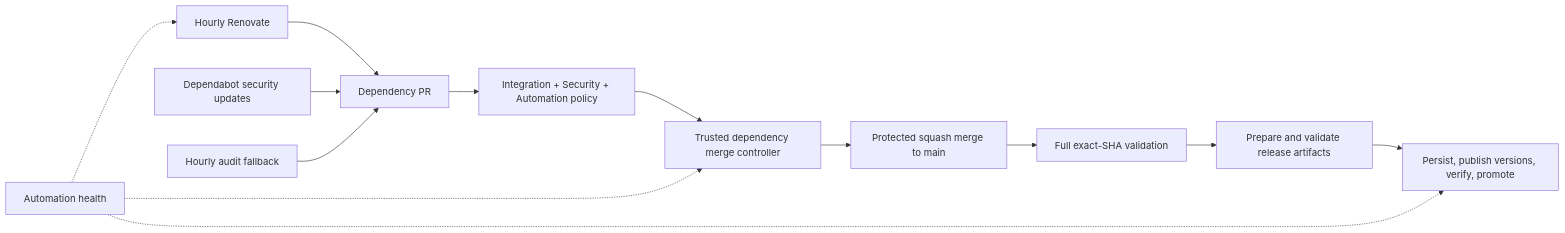
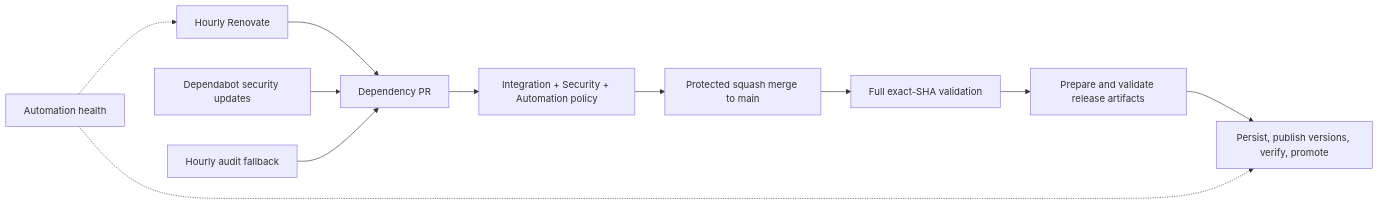
Before and after one commit to jakub-plichcinski/kairos-mcp: the diagram in .github/workflows/README.md, drawn with Mermaid. The commit also changed other lines of this file and 2 other files, not shown here.

Commit message:
chore(ci): remove redundant dependency merge controller workflow
- Delete automerge-dependabot.yml: native GitHub auto-merge + allow-update-branch
  make the custom controller redundant. Dependabot security PRs auto-merge via
  GitHub's automated security fixes; Renovate PRs intentionally require manual merge.
- Update workflows README: remove controller from diagram and table.
- Update release-semver.md skill reference: remove controller mentions and
  dry-run example for the deleted workflow.

````diff
--- a/.github/workflows/README.md
+++ b/.github/workflows/README.md
@@ -7,15 +7,13 @@
 ```mermaid
 flowchart LR
   REN[Hourly Renovate] --> PR[Dependency PR]
   DEP[Dependabot security updates] --> PR
   AUD[Hourly audit fallback] --> PR
   PR --> CI[Integration + Security + Automation policy]
-  CI --> CTRL[Trusted dependency merge controller]
-  CTRL --> MAIN[Protected squash merge to main]
+  CI --> MAIN[Protected squash merge to main]
   MAIN --> FULL[Full exact-SHA validation]
   FULL --> REL[Prepare and validate release artifacts]
   REL --> PUB[Persist, publish versions, verify, promote]
   HEALTH[Automation health] -.-> REN
-  HEALTH -.-> CTRL
   HEALTH -.-> PUB
 ```
````
